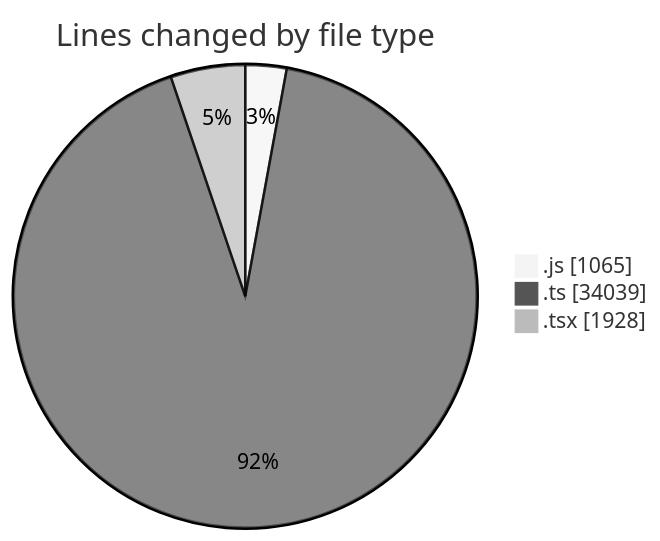
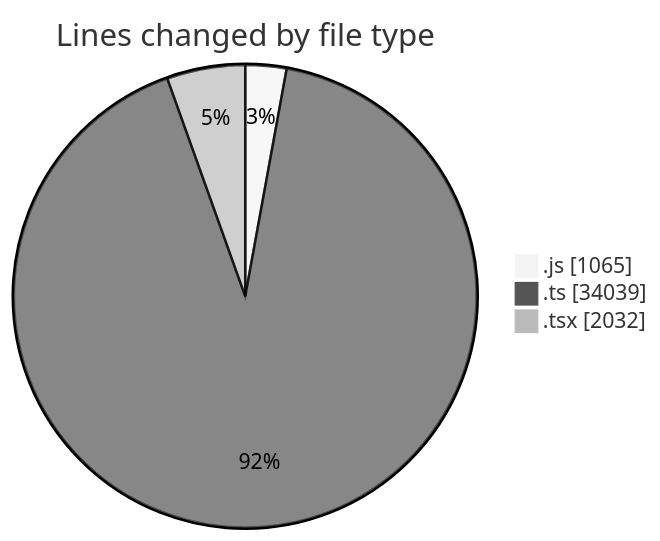
One commit to momahboobian/code-tracking changed the first of 2 diagrams in 2026-10-06/cda/README.md. Above: the diagram before and after it, drawn with Mermaid (neutral theme). The commit also changed other lines of this file and 1 other file, not shown here.

````diff
--- a/2026-10-06/cda/README.md
+++ b/2026-10-06/cda/README.md
@@ -46,7 +47,7 @@
 ```mermaid
 pie showData
 title Lines changed by file type
 ".js" : 1065
 ".ts" : 34039
-".tsx" : 1928
+".tsx" : 2032
 ```
````
